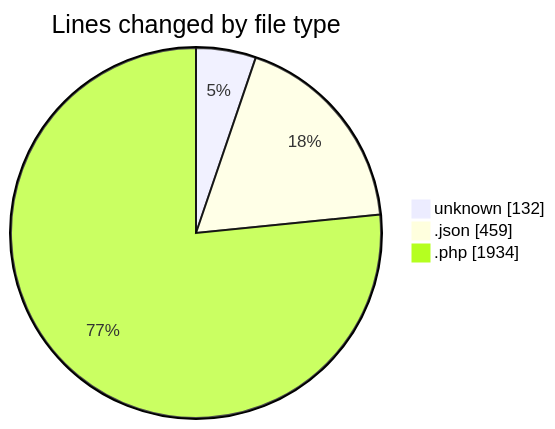
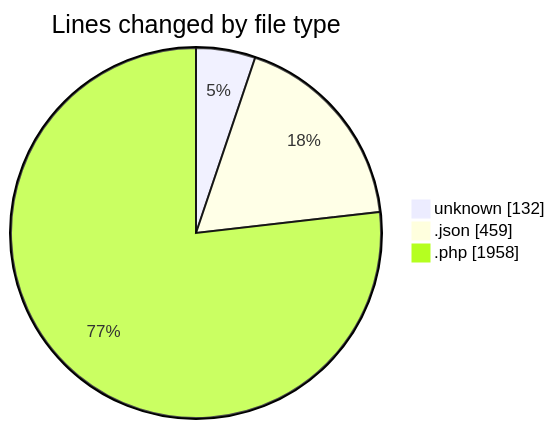
The first of 2 diagrams in 2025-03-26/autodidak/README.md (idhammustaqopulfikri/code-tracking), drawn with Mermaid before and after one commit. The commit also changed other lines of this file and 1 other file, not shown here.

````diff
--- a/2025-03-26/autodidak/README.md
+++ b/2025-03-26/autodidak/README.md
@@ -33,7 +33,7 @@
 ```mermaid
 pie showData
 title Lines changed by file type
 "unknown" : 132
 ".json" : 459
-".php" : 1934
+".php" : 1958
 ```
````
